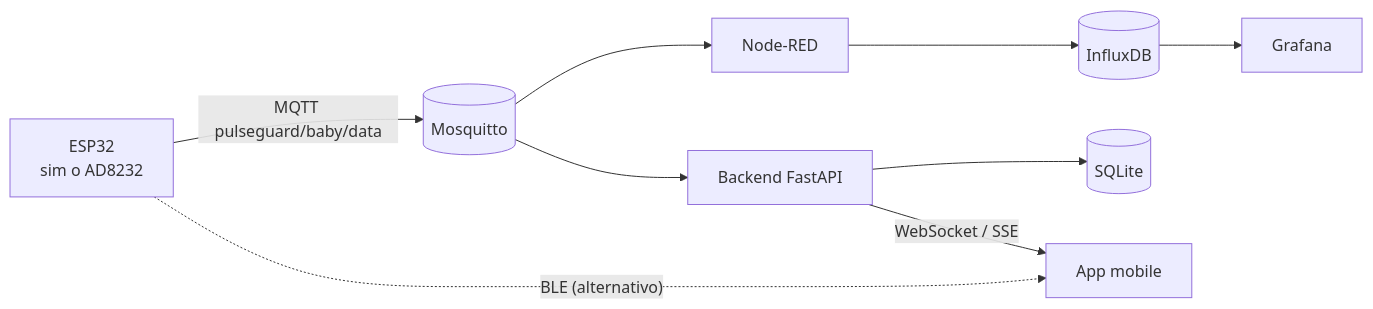
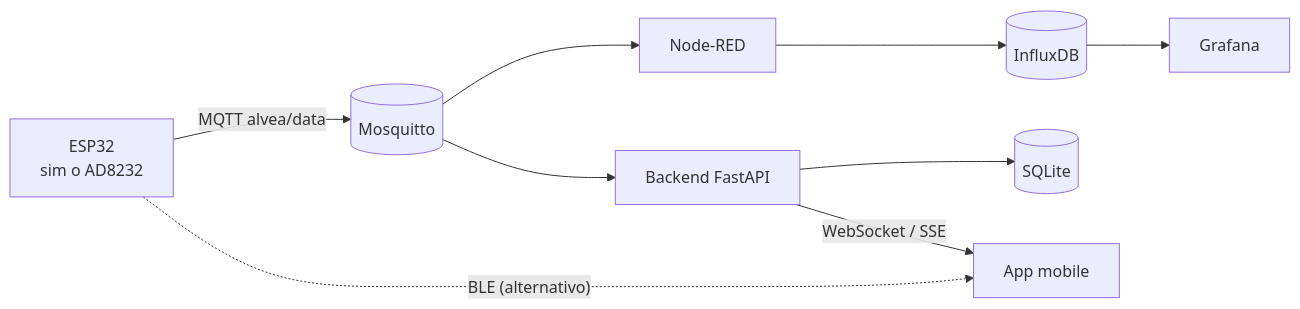
The diagram in README.md (acrisci05/Alvea), drawn with Mermaid before and after one commit. The commit also changed other lines of this file and 25 other files, not shown here.

Commit message:
Aggiornato: rinominato il progetto da PulseGuard-Baby ad Alvea (branding, topic MQTT, ID device, container, dashboard)

````diff
--- a/README.md
+++ b/README.md
@@ -17,8 +17,8 @@
 ```mermaid
 flowchart LR
-    FW[ESP32<br/>sim o AD8232] -- "MQTT pulseguard/baby/data" --> MQ[(Mosquitto)]
+    FW[ESP32<br/>sim o AD8232] -- "MQTT alvea/data" --> MQ[(Mosquitto)]
     FW -. "BLE (alternativo)" .-> APP[App mobile]
     MQ --> NR[Node-RED] --> IDB[(InfluxDB)] --> GF[Grafana]
     MQ --> BE[Backend FastAPI] --> SQL[(SQLite)]
     BE -- "WebSocket / SSE" --> APP
 ```
````
